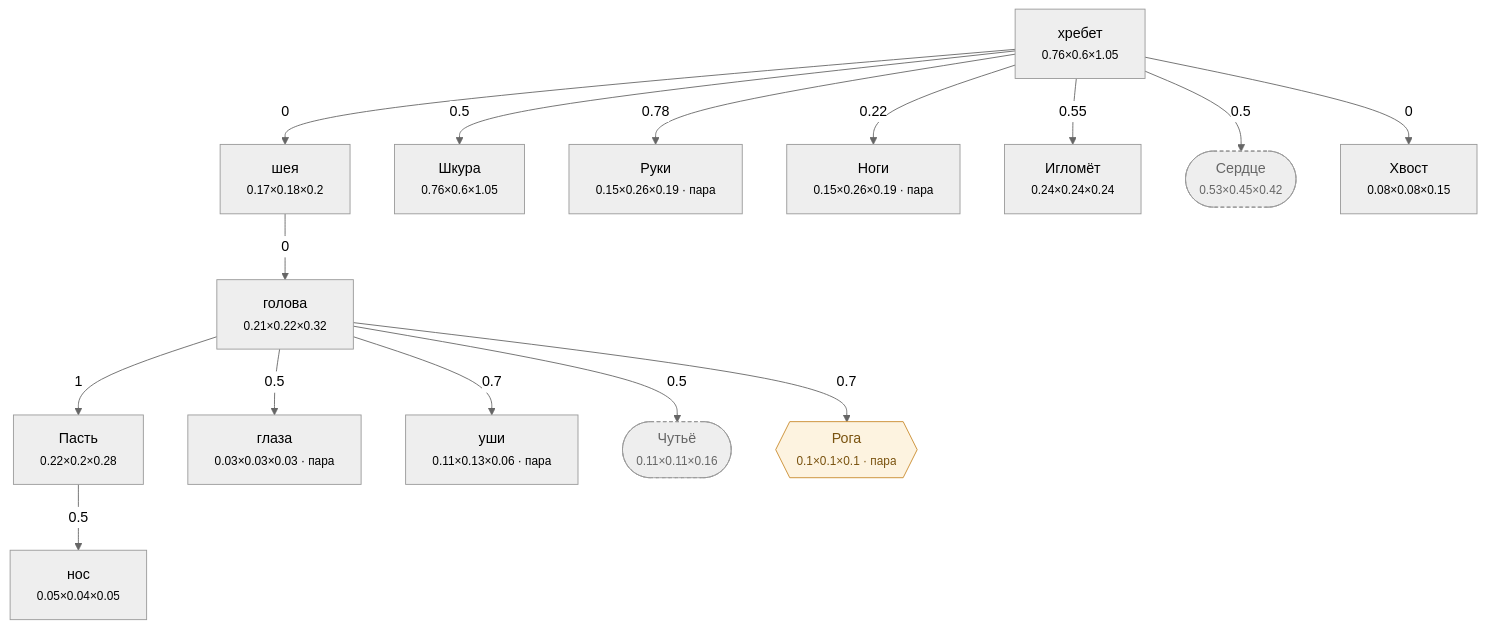
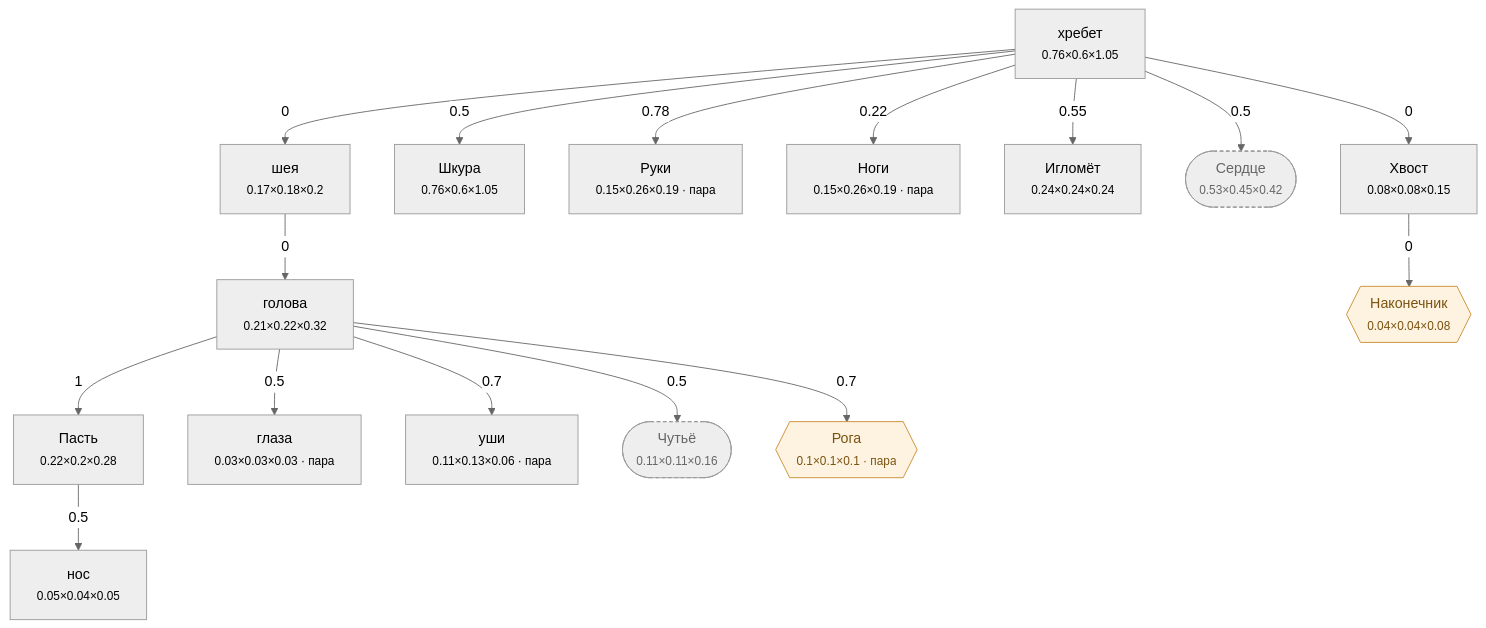
The diagram in Docs/Диаграммы/Ёж.md (darklordshish/ChimeraEvolution-2026-06-26_15-29-59), drawn with Mermaid (neutral theme) before and after one commit. The commit also changed other lines of this file and 17 other files, not shown here.

````diff
--- a/Docs/Диаграммы/Ёж.md
+++ b/Docs/Диаграммы/Ёж.md
@@ -160,39 +161,41 @@
 ```mermaid
 flowchart TD
     n0["хребет<br/><small>0.76×0.6×1.05</small>"]
     n1["шея<br/><small>0.17×0.18×0.2</small>"]
     n2["голова<br/><small>0.21×0.22×0.32</small>"]
     n3["нос<br/><small>0.05×0.04×0.05</small>"]
     n4["Пасть<br/><small>0.22×0.2×0.28</small>"]
     n5["глаза<br/><small>0.03×0.03×0.03 · пара</small>"]
     n6["уши<br/><small>0.11×0.13×0.06 · пара</small>"]
     n7["Шкура<br/><small>0.76×0.6×1.05</small>"]
     n8["Руки<br/><small>0.15×0.26×0.19 · пара</small>"]
     n9["Ноги<br/><small>0.15×0.26×0.19 · пара</small>"]
     n10["Игломёт<br/><small>0.24×0.24×0.24</small>"]
     n11(["Сердце<br/><small>0.53×0.45×0.42</small>"])
     n12(["Чутьё<br/><small>0.11×0.11×0.16</small>"])
     n13["Хвост<br/><small>0.08×0.08×0.15</small>"]
-    n14{{"Рога<br/><small>0.1×0.1×0.1 · пара</small>"}}
+    n14{{"Наконечник<br/><small>0.04×0.04×0.08</small>"}}
+    n15{{"Рога<br/><small>0.1×0.1×0.1 · пара</small>"}}
 
     n0 -->|0| n1
     n1 -->|0| n2
     n4 -->|0.5| n3
     n2 -->|1| n4
     n2 -->|0.5| n5
     n2 -->|0.7| n6
     n0 -->|0.5| n7
     n0 -->|0.78| n8
     n0 -->|0.22| n9
     n0 -->|0.55| n10
     n0 -->|0.5| n11
     n2 -->|0.5| n12
     n0 -->|0| n13
-    n2 -->|0.7| n14
+    n13 -->|0| n14
+    n2 -->|0.7| n15
 
     classDef hid fill:#eee,stroke:#999,stroke-dasharray:4 3,color:#666
     classDef gr fill:#fdf3e0,stroke:#c98a2b,color:#7a5310
     classDef ch fill:#e8f2ff,stroke:#3b74c4,color:#1c3f70
     class n11,n12 hid
-    class n14 gr
+    class n14,n15 gr
 ```
````
